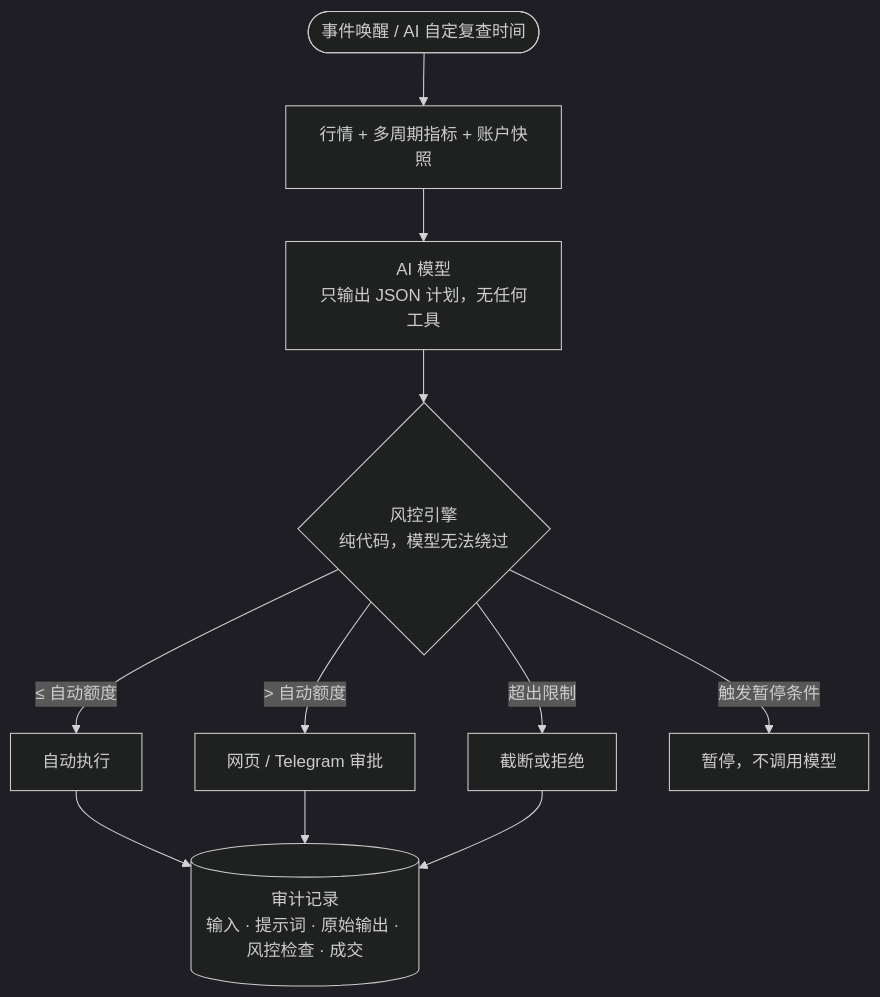
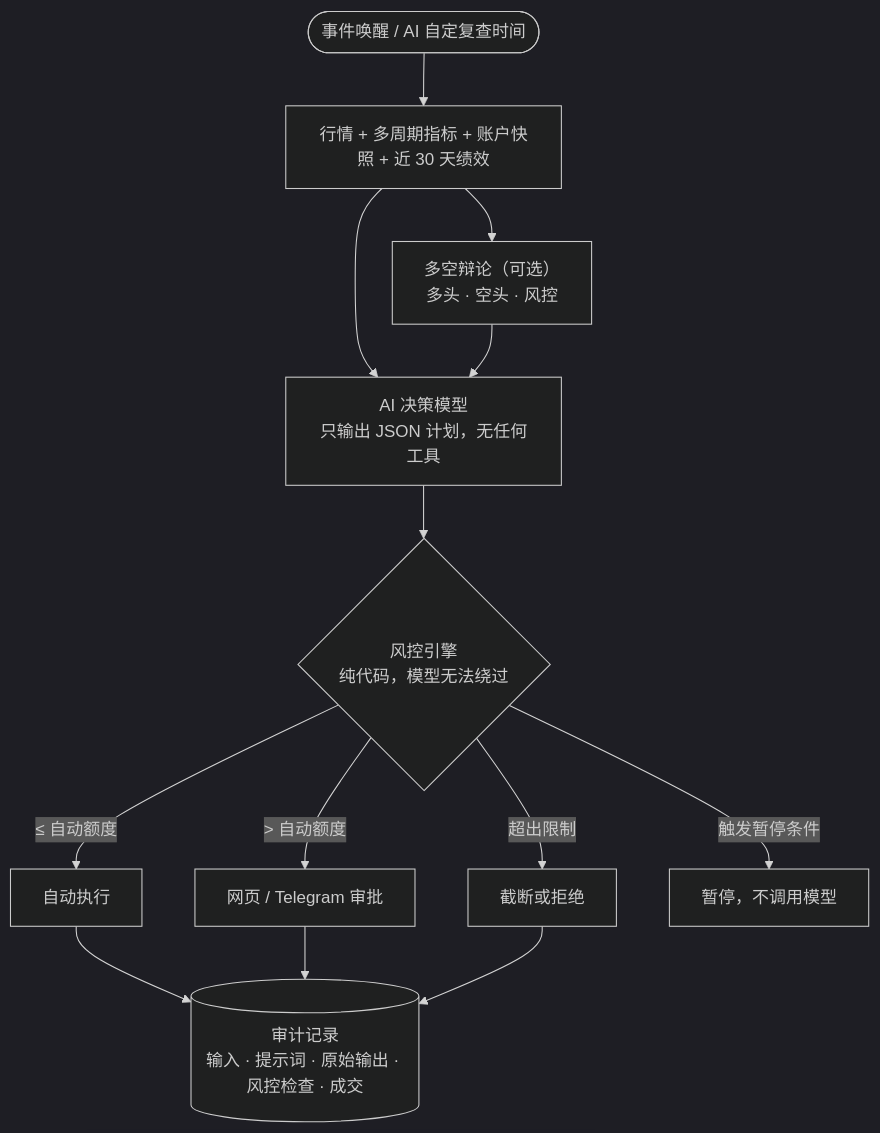
One commit to TypeThe0ry/BinanceClaw changed the diagram in README.md. Above: the diagram before and after it, drawn with Mermaid (dark theme). The commit also changed other lines of this file and 8 other files, not shown here.

````diff
--- a/README.md
+++ b/README.md
@@ -91,13 +111,15 @@
 ```mermaid
 flowchart TD
-    T([事件唤醒 / AI 自定复查时间]) --> S[行情 + 多周期指标 + 账户快照]
-    S --> M[AI 模型<br/>只输出 JSON 计划，无任何工具]
+    T([事件唤醒 / AI 自定复查时间]) --> S[行情 + 多周期指标 + 账户快照 + 近 30 天绩效]
+    S --> D[多空辩论（可选）<br/>多头 · 空头 · 风控]
+    S --> M[AI 决策模型<br/>只输出 JSON 计划，无任何工具]
+    D --> M
     M --> R{风控引擎<br/>纯代码，模型无法绕过}
     R -->|≤ 自动额度| A[自动执行]
     R -->|> 自动额度| P[网页 / Telegram 审批]
     R -->|超出限制| X[截断或拒绝]
     R -->|触发暂停条件| H[暂停，不调用模型]
     A --> L[(审计记录<br/>输入 · 提示词 · 原始输出 · 风控检查 · 成交)]
     P --> L
     X --> L
 ```
````
